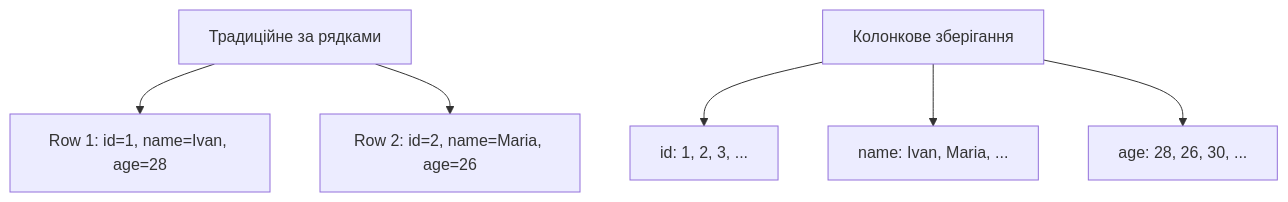
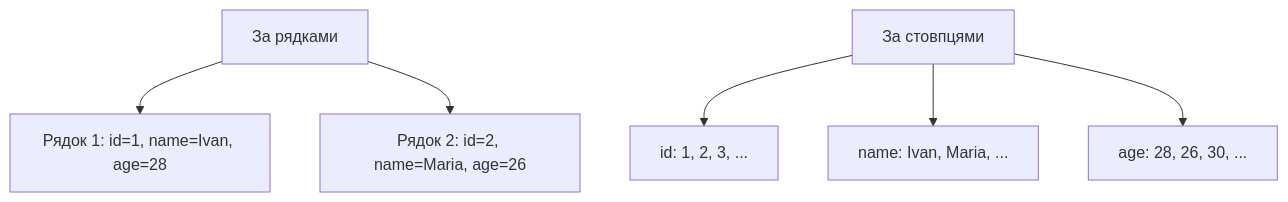
One commit to olroi421/course-opi-v2 changed the sixth of 9 diagrams in presentations/presentation-10.md. Above: the diagram before and after it, drawn with Mermaid. The commit also changed other lines of this file and 10 other files, not shown here.

````diff
--- a/presentations/presentation-10.md
+++ b/presentations/presentation-10.md
@@ -577,9 +686,9 @@
 ```mermaid
 graph TB
-    A[Традиційне за рядками] --> B[Row 1: id=1, name=Ivan, age=28]
-    A --> C[Row 2: id=2, name=Maria, age=26]
+    A["За рядками"] --> B["Рядок 1: id=1, name=Ivan, age=28"]
+    A --> C["Рядок 2: id=2, name=Maria, age=26"]
 
-    D[Колонкове зберігання] --> E[id: 1, 2, 3, ...]
-    D --> F[name: Ivan, Maria, ...]
-    D --> G[age: 28, 26, 30, ...]
+    D["За стовпцями"] --> E["id: 1, 2, 3, ..."]
+    D --> F["name: Ivan, Maria, ..."]
+    D --> G["age: 28, 26, 30, ..."]
 ```
````
